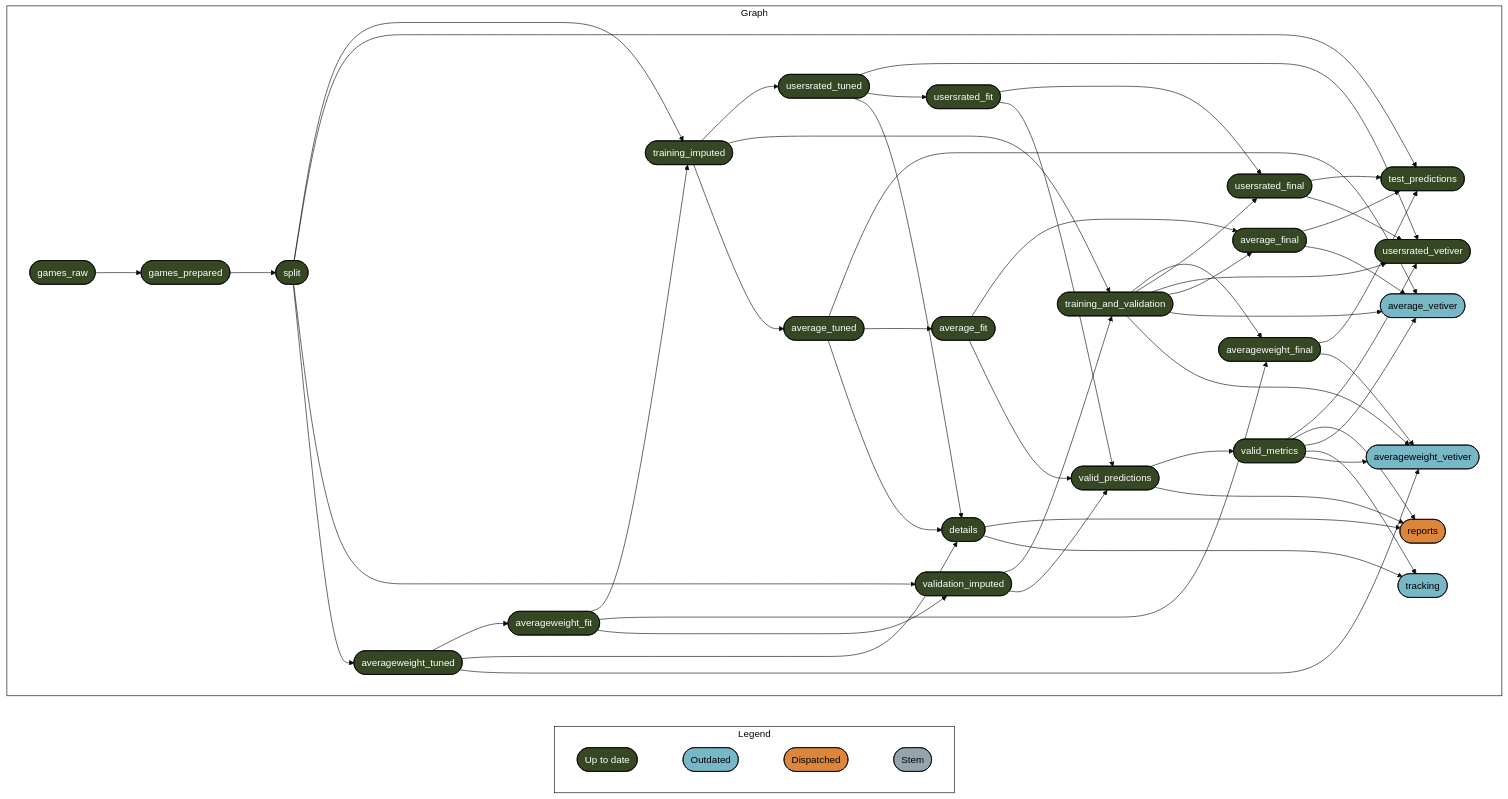
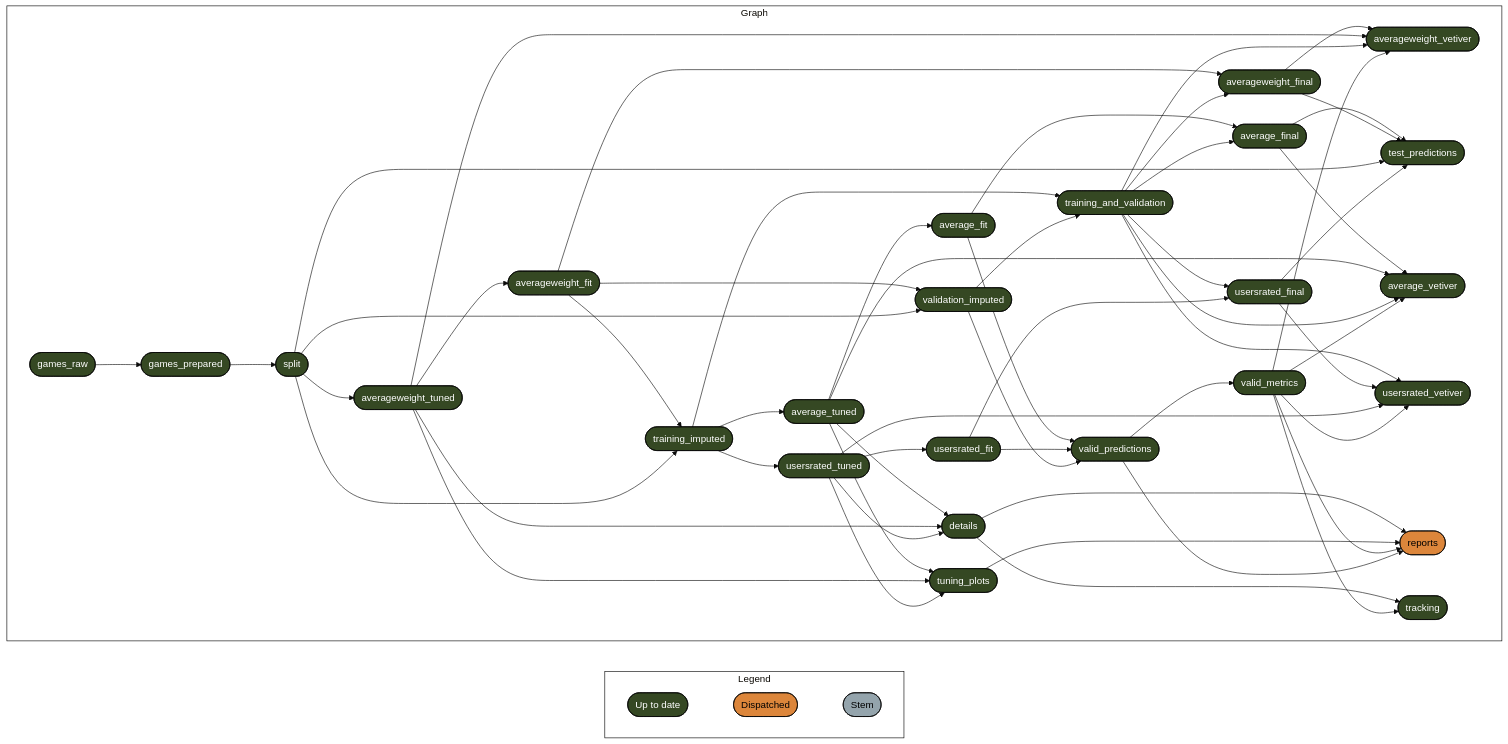
Before and after one commit to phenrickson/bgg_models: the diagram in docs/results.md, drawn with Mermaid (base theme). The commit also changed other lines of this file and 6 other files, not shown here.

Commit message:
added tuning and variable importance plots

````diff
--- a/docs/results.md
+++ b/docs/results.md
@@ -7,69 +7,70 @@
 ``` mermaid
 graph LR
   style Legend fill:#FFFFFF00,stroke:#000000;
   style Graph fill:#FFFFFF00,stroke:#000000;
   subgraph Legend
     direction LR
-    x7420bd9270f8d27d([""Up to date""]):::uptodate --- x0a52b03877696646([""Outdated""]):::outdated
-    x0a52b03877696646([""Outdated""]):::outdated --- xa8565c104d8f0705([""Dispatched""]):::dispatched
+    x7420bd9270f8d27d([""Up to date""]):::uptodate --- xa8565c104d8f0705([""Dispatched""]):::dispatched
     xa8565c104d8f0705([""Dispatched""]):::dispatched --- xbf4603d6c2c2ad6b([""Stem""]):::none
   end
   subgraph Graph
     direction LR
-    x04d83687468f3fc4(["averageweight_tuned"]):::uptodate --> x0f34a02bd6ed632f(["averageweight_fit"]):::uptodate
-    x170105733f313efa(["training_imputed"]):::uptodate --> x8b18f98f2746942f(["usersrated_tuned"]):::uptodate
-    x2b7f0716b8751c70(["games_raw"]):::uptodate --> xe73a0f95bb7c669b(["games_prepared"]):::uptodate
-    x0f34a02bd6ed632f(["averageweight_fit"]):::uptodate --> x170105733f313efa(["training_imputed"]):::uptodate
-    x6a9d509448f9bd3e(["split"]):::uptodate --> x170105733f313efa(["training_imputed"]):::uptodate
+    xe5bd2d3c6fdf29ae(["training_and_validation"]):::uptodate --> xd99568a85da9c31b(["usersrated_final"]):::uptodate
+    xd6936e852f1fbe47(["usersrated_fit"]):::uptodate --> xd99568a85da9c31b(["usersrated_final"]):::uptodate
+    xe73a0f95bb7c669b(["games_prepared"]):::uptodate --> x6a9d509448f9bd3e(["split"]):::uptodate
+    x5a0dca7931d71121(["averageweight_final"]):::uptodate --> xcbeb0ce109eb5b86(["averageweight_vetiver"]):::uptodate
+    x04d83687468f3fc4(["averageweight_tuned"]):::uptodate --> xcbeb0ce109eb5b86(["averageweight_vetiver"]):::uptodate
+    xe5bd2d3c6fdf29ae(["training_and_validation"]):::uptodate --> xcbeb0ce109eb5b86(["averageweight_vetiver"]):::uptodate
+    xc2507955de0caf4e(["valid_metrics"]):::uptodate --> xcbeb0ce109eb5b86(["averageweight_vetiver"]):::uptodate
     x0f34a02bd6ed632f(["averageweight_fit"]):::uptodate --> x5a0dca7931d71121(["averageweight_final"]):::uptodate
     xe5bd2d3c6fdf29ae(["training_and_validation"]):::uptodate --> x5a0dca7931d71121(["averageweight_final"]):::uptodate
-    x32d592eaf8d082e6(["valid_predictions"]):::uptodate --> xc2507955de0caf4e(["valid_metrics"]):::uptodate
-    xe5bd2d3c6fdf29ae(["training_and_validation"]):::uptodate --> xd99568a85da9c31b(["usersrated_final"]):::uptodate
-    xd6936e852f1fbe47(["usersrated_fit"]):::uptodate --> xd99568a85da9c31b(["usersrated_final"]):::uptodate
+    x04d83687468f3fc4(["averageweight_tuned"]):::uptodate --> x0f34a02bd6ed632f(["averageweight_fit"]):::uptodate
     x51e4cab15d71e6a3(["average_final"]):::uptodate --> x09d4ee9c0cdd997f(["test_predictions"]):::uptodate
     x5a0dca7931d71121(["averageweight_final"]):::uptodate --> x09d4ee9c0cdd997f(["test_predictions"]):::uptodate
     x6a9d509448f9bd3e(["split"]):::uptodate --> x09d4ee9c0cdd997f(["test_predictions"]):::uptodate
     xd99568a85da9c31b(["usersrated_final"]):::uptodate --> x09d4ee9c0cdd997f(["test_predictions"]):::uptodate
-    x0f34a02bd6ed632f(["averageweight_fit"]):::uptodate --> x60bd72cb3684ce1d(["validation_imputed"]):::uptodate
-    x6a9d509448f9bd3e(["split"]):::uptodate --> x60bd72cb3684ce1d(["validation_imputed"]):::uptodate
-    xe73a0f95bb7c669b(["games_prepared"]):::uptodate --> x6a9d509448f9bd3e(["split"]):::uptodate
+    xd0ff2216903615b0(["average_tuned"]):::uptodate --> x45aff652992a023a(["details"]):::uptodate
+    x04d83687468f3fc4(["averageweight_tuned"]):::uptodate --> x45aff652992a023a(["details"]):::uptodate
+    x8b18f98f2746942f(["usersrated_tuned"]):::uptodate --> x45aff652992a023a(["details"]):::uptodate
+    x170105733f313efa(["training_imputed"]):::uptodate --> xe5bd2d3c6fdf29ae(["training_and_validation"]):::uptodate
+    x60bd72cb3684ce1d(["validation_imputed"]):::uptodate --> xe5bd2d3c6fdf29ae(["training_and_validation"]):::uptodate
+    x8b18f98f2746942f(["usersrated_tuned"]):::uptodate --> xd6936e852f1fbe47(["usersrated_fit"]):::uptodate
+    xd0ff2216903615b0(["average_tuned"]):::uptodate --> xc0de7cb1ceaaae9a(["average_fit"]):::uptodate
+    x2b7f0716b8751c70(["games_raw"]):::uptodate --> xe73a0f95bb7c669b(["games_prepared"]):::uptodate
+    x51e4cab15d71e6a3(["average_final"]):::uptodate --> x1b61a8b8a8b5e6c2(["average_vetiver"]):::uptodate
+    xd0ff2216903615b0(["average_tuned"]):::uptodate --> x1b61a8b8a8b5e6c2(["average_vetiver"]):::uptodate
+    xe5bd2d3c6fdf29ae(["training_and_validation"]):::uptodate --> x1b61a8b8a8b5e6c2(["average_vetiver"]):::uptodate
+    xc2507955de0caf4e(["valid_metrics"]):::uptodate --> x1b61a8b8a8b5e6c2(["average_vetiver"]):::uptodate
     xe5bd2d3c6fdf29ae(["training_and_validation"]):::uptodate --> x156a6ed4485a6769(["usersrated_vetiver"]):::uptodate
     xd99568a85da9c31b(["usersrated_final"]):::uptodate --> x156a6ed4485a6769(["usersrated_vetiver"]):::uptodate
     x8b18f98f2746942f(["usersrated_tuned"]):::uptodate --> x156a6ed4485a6769(["usersrated_vetiver"]):::uptodate
     xc2507955de0caf4e(["valid_metrics"]):::uptodate --> x156a6ed4485a6769(["usersrated_vetiver"]):::uptodate
-    x170105733f313efa(["training_imputed"]):::uptodate --> xe5bd2d3c6fdf29ae(["training_and_validation"]):::uptodate
-    x60bd72cb3684ce1d(["validation_imputed"]):::uptodate --> xe5bd2d3c6fdf29ae(["training_and_validation"]):::uptodate
+    xd0ff2216903615b0(["average_tuned"]):::uptodate --> x5009635ca9660f5b(["tuning_plots"]):::uptodate
+    x04d83687468f3fc4(["averageweight_tuned"]):::uptodate --> x5009635ca9660f5b(["tuning_plots"]):::uptodate
+    x8b18f98f2746942f(["usersrated_tuned"]):::uptodate --> x5009635ca9660f5b(["tuning_plots"]):::uptodate
     x170105733f313efa(["training_imputed"]):::uptodate --> xd0ff2216903615b0(["average_tuned"]):::uptodate
-    xc0de7cb1ceaaae9a(["average_fit"]):::uptodate --> x51e4cab15d71e6a3(["average_final"]):::uptodate
-    xe5bd2d3c6fdf29ae(["training_and_validation"]):::uptodate --> x51e4cab15d71e6a3(["average_final"]):::uptodate
-    x45aff652992a023a(["details"]):::uptodate --> x3c2f8ffacaa45076(["reports"]):::dispatched
-    xc2507955de0caf4e(["valid_metrics"]):::uptodate --> x3c2f8ffacaa45076(["reports"]):::dispatched
-    x32d592eaf8d082e6(["valid_predictions"]):::uptodate --> x3c2f8ffacaa45076(["reports"]):::dispatched
-    x51e4cab15d71e6a3(["average_final"]):::uptodate --> x1b61a8b8a8b5e6c2(["average_vetiver"]):::outdated
-    xd0ff2216903615b0(["average_tuned"]):::uptodate --> x1b61a8b8a8b5e6c2(["average_vetiver"]):::outdated
-    xe5bd2d3c6fdf29ae(["training_and_validation"]):::uptodate --> x1b61a8b8a8b5e6c2(["average_vetiver"]):::outdated
-    xc2507955de0caf4e(["valid_metrics"]):::uptodate --> x1b61a8b8a8b5e6c2(["average_vetiver"]):::outdated
-    xd0ff2216903615b0(["average_tuned"]):::uptodate --> xc0de7cb1ceaaae9a(["average_fit"]):::uptodate
-    x6a9d509448f9bd3e(["split"]):::uptodate --> x04d83687468f3fc4(["averageweight_tuned"]):::uptodate
+    x0f34a02bd6ed632f(["averageweight_fit"]):::uptodate --> x170105733f313efa(["training_imputed"]):::uptodate
+    x6a9d509448f9bd3e(["split"]):::uptodate --> x170105733f313efa(["training_imputed"]):::uptodate
     xc0de7cb1ceaaae9a(["average_fit"]):::uptodate --> x32d592eaf8d082e6(["valid_predictions"]):::uptodate
     xd6936e852f1fbe47(["usersrated_fit"]):::uptodate --> x32d592eaf8d082e6(["valid_predictions"]):::uptodate
     x60bd72cb3684ce1d(["validation_imputed"]):::uptodate --> x32d592eaf8d082e6(["valid_predictions"]):::uptodate
-    x8b18f98f2746942f(["usersrated_tuned"]):::uptodate --> xd6936e852f1fbe47(["usersrated_fit"]):::uptodate
-    xd0ff2216903615b0(["average_tuned"]):::uptodate --> x45aff652992a023a(["details"]):::uptodate
-    x04d83687468f3fc4(["averageweight_tuned"]):::uptodate --> x45aff652992a023a(["details"]):::uptodate
-    x8b18f98f2746942f(["usersrated_tuned"]):::uptodate --> x45aff652992a023a(["details"]):::uptodate
-    x45aff652992a023a(["details"]):::uptodate --> x92c9ab88ae1439d1(["tracking"]):::outdated
-    xc2507955de0caf4e(["valid_metrics"]):::uptodate --> x92c9ab88ae1439d1(["tracking"]):::outdated
-    x5a0dca7931d71121(["averageweight_final"]):::uptodate --> xcbeb0ce109eb5b86(["averageweight_vetiver"]):::outdated
-    x04d83687468f3fc4(["averageweight_tuned"]):::uptodate --> xcbeb0ce109eb5b86(["averageweight_vetiver"]):::outdated
-    xe5bd2d3c6fdf29ae(["training_and_validation"]):::uptodate --> xcbeb0ce109eb5b86(["averageweight_vetiver"]):::outdated
-    xc2507955de0caf4e(["valid_metrics"]):::uptodate --> xcbeb0ce109eb5b86(["averageweight_vetiver"]):::outdated
+    x45aff652992a023a(["details"]):::uptodate --> x3c2f8ffacaa45076(["reports"]):::dispatched
+    x5009635ca9660f5b(["tuning_plots"]):::uptodate --> x3c2f8ffacaa45076(["reports"]):::dispatched
+    xc2507955de0caf4e(["valid_metrics"]):::uptodate --> x3c2f8ffacaa45076(["reports"]):::dispatched
+    x32d592eaf8d082e6(["valid_predictions"]):::uptodate --> x3c2f8ffacaa45076(["reports"]):::dispatched
+    x0f34a02bd6ed632f(["averageweight_fit"]):::uptodate --> x60bd72cb3684ce1d(["validation_imputed"]):::uptodate
+    x6a9d509448f9bd3e(["split"]):::uptodate --> x60bd72cb3684ce1d(["validation_imputed"]):::uptodate
+    x32d592eaf8d082e6(["valid_predictions"]):::uptodate --> xc2507955de0caf4e(["valid_metrics"]):::uptodate
+    x6a9d509448f9bd3e(["split"]):::uptodate --> x04d83687468f3fc4(["averageweight_tuned"]):::uptodate
+    x170105733f313efa(["training_imputed"]):::uptodate --> x8b18f98f2746942f(["usersrated_tuned"]):::uptodate
+    x45aff652992a023a(["details"]):::uptodate --> x92c9ab88ae1439d1(["tracking"]):::uptodate
+    xc2507955de0caf4e(["valid_metrics"]):::uptodate --> x92c9ab88ae1439d1(["tracking"]):::uptodate
+    xc0de7cb1ceaaae9a(["average_fit"]):::uptodate --> x51e4cab15d71e6a3(["average_final"]):::uptodate
+    xe5bd2d3c6fdf29ae(["training_and_validation"]):::uptodate --> x51e4cab15d71e6a3(["average_final"]):::uptodate
   end
   classDef uptodate stroke:#000000,color:#ffffff,fill:#354823;
-  classDef outdated stroke:#000000,color:#000000,fill:#78B7C5;
   classDef dispatched stroke:#000000,color:#000000,fill:#DC863B;
   classDef none stroke:#000000,color:#000000,fill:#94a4ac;
   linkStyle 0 stroke-width:0px;
   linkStyle 1 stroke-width:0px;
-  linkStyle 2 stroke-width:0px;
 ```
````
